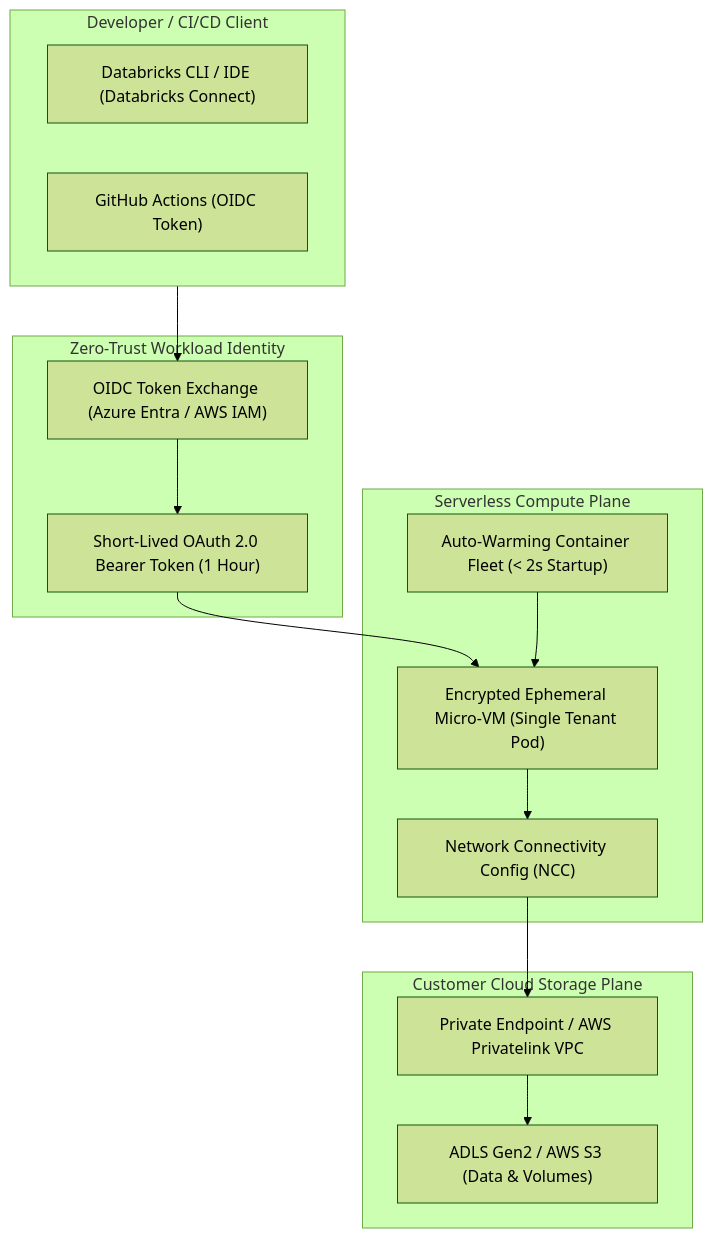
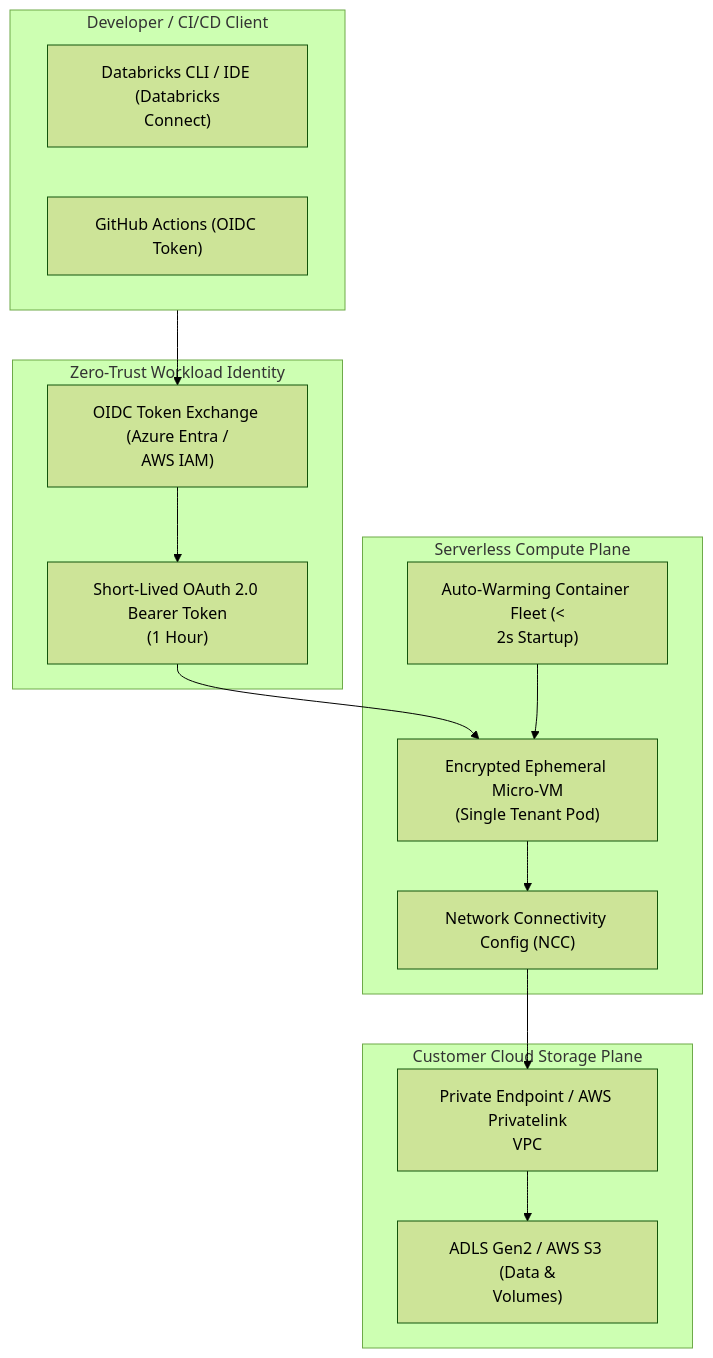
One commit to santoshjammi29/databricks-handbook changed the second of 2 diagrams in architectures/01_split_plane_security_and_serverless_compute.md. Above: the diagram before and after it, drawn with Mermaid (forest theme). The commit also changed other lines of this file and 8 other files, not shown here.

Commit message:
fix(diagrams): word-wrap labels and escape comparison operators across all diagrams

````diff
--- a/architectures/01_split_plane_security_and_serverless_compute.md
+++ b/architectures/01_split_plane_security_and_serverless_compute.md
@@ -100,28 +100,28 @@
 ```mermaid
 flowchart TD
     subgraph Client["Developer / CI/CD Client"]
-        CLI["Databricks CLI / IDE (Databricks Connect)"]
+        CLI["Databricks CLI / IDE (Databricks<br/>Connect)"]
         GHA["GitHub Actions (OIDC Token)"]
     end
 
     subgraph Auth["Zero-Trust Workload Identity"]
-        OIDC["OIDC Token Exchange (Azure Entra / AWS IAM)"]
-        OAuth["Short-Lived OAuth 2.0 Bearer Token (1 Hour)"]
+        OIDC["OIDC Token Exchange (Azure Entra /<br/>AWS IAM)"]
+        OAuth["Short-Lived OAuth 2.0 Bearer Token<br/>(1 Hour)"]
     end
 
     subgraph ServerlessFleet["Serverless Compute Plane"]
-        WarmPool["Auto-Warming Container Fleet (< 2s Startup)"]
-        MicroVM["Encrypted Ephemeral Micro-VM (Single Tenant Pod)"]
+        WarmPool["Auto-Warming Container Fleet (&lt;<br/>2s Startup)"]
+        MicroVM["Encrypted Ephemeral Micro-VM<br/>(Single Tenant Pod)"]
         NCC["Network Connectivity Config (NCC)"]
     end
 
     subgraph CustomerCloud["Customer Cloud Storage Plane"]
-        ADLS["ADLS Gen2 / AWS S3 (Data & Volumes)"]
-        PrivateLink["Private Endpoint / AWS Privatelink VPC"]
+        ADLS["ADLS Gen2 / AWS S3 (Data &<br/>Volumes)"]
+        PrivateLink["Private Endpoint / AWS Privatelink<br/>VPC"]
     end
 
     Client --> OIDC --> OAuth
     OAuth --> MicroVM
     WarmPool --> MicroVM
     MicroVM --> NCC --> PrivateLink --> ADLS
 ```
````
